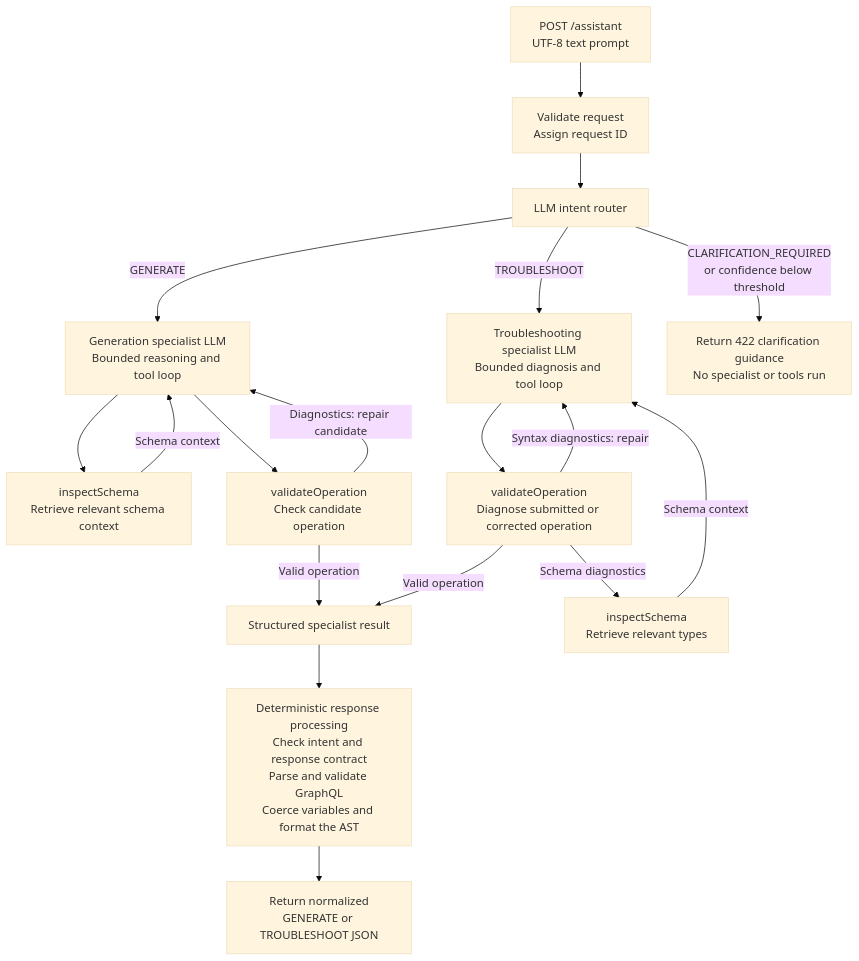
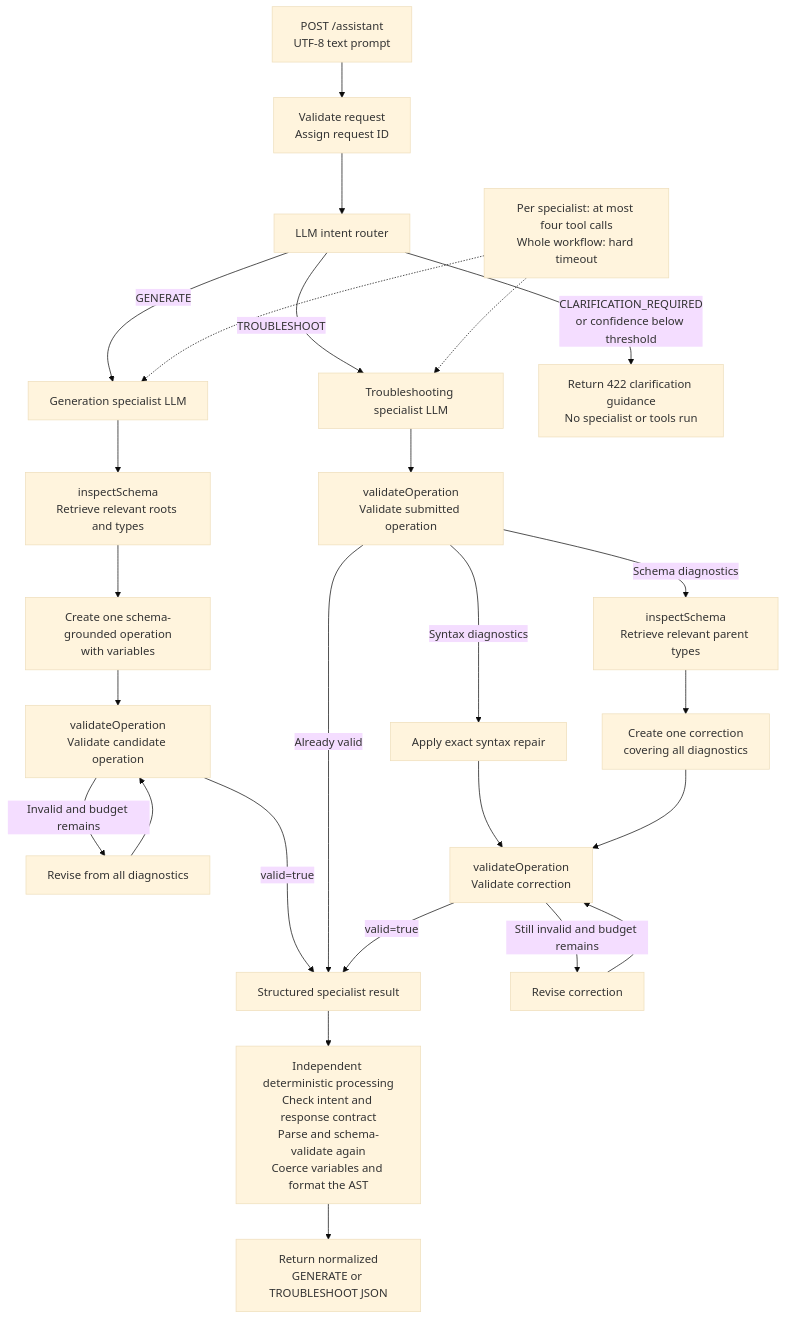
Before and after one commit to skp2001vn/agentic-graphql-assistant: the diagram in README.md, drawn with Mermaid (base theme).

Commit message:
Expand agent workflow diagram

````diff
--- a/README.md
+++ b/README.md
@@ -43,24 +43,33 @@
 ```mermaid
 flowchart TD
     A["POST /assistant<br/>UTF-8 text prompt"] --> B["Validate request<br/>Assign request ID"]
     B --> C["LLM intent router"]
 
-    C -->|"GENERATE"| G["Generation specialist LLM<br/>Bounded reasoning and tool loop"]
-    G --> GI["inspectSchema<br/>Retrieve relevant schema context"]
-    GI -->|"Schema context"| G
-    G --> GV["validateOperation<br/>Check candidate operation"]
-    GV -->|"Diagnostics: repair candidate"| G
-    GV -->|"Valid operation"| S["Structured specialist result"]
+    C -->|"GENERATE"| G["Generation specialist LLM"]
+    G --> GI["inspectSchema<br/>Retrieve relevant roots and types"]
+    GI --> GC["Create one schema-grounded operation<br/>with variables"]
+    GC --> GV["validateOperation<br/>Validate candidate operation"]
+    GV -->|"Invalid and budget remains"| GR["Revise from all diagnostics"]
+    GR --> GV
+    GV -->|"valid=true"| S["Structured specialist result"]
 
-    C -->|"TROUBLESHOOT"| T["Troubleshooting specialist LLM<br/>Bounded diagnosis and tool loop"]
-    T --> TV["validateOperation<br/>Diagnose submitted or corrected operation"]
-    TV -->|"Schema diagnostics"| TI["inspectSchema<br/>Retrieve relevant types"]
-    TI -->|"Schema context"| T
-    TV -->|"Syntax diagnostics: repair"| T
-    TV -->|"Valid operation"| S
+    C -->|"TROUBLESHOOT"| T["Troubleshooting specialist LLM"]
+    T --> TV1["validateOperation<br/>Validate submitted operation"]
+    TV1 -->|"Already valid"| S
+    TV1 -->|"Syntax diagnostics"| TF1["Apply exact syntax repair"]
+    TF1 --> TV2["validateOperation<br/>Validate correction"]
+    TV1 -->|"Schema diagnostics"| TI["inspectSchema<br/>Retrieve relevant parent types"]
+    TI --> TF2["Create one correction<br/>covering all diagnostics"]
+    TF2 --> TV2
+    TV2 -->|"Still invalid and budget remains"| TF3["Revise correction"]
+    TF3 --> TV2
+    TV2 -->|"valid=true"| S
 
     C -->|"CLARIFICATION_REQUIRED<br/>or confidence below threshold"| Q["Return 422 clarification guidance<br/>No specialist or tools run"]
 
-    S --> D["Deterministic response processing<br/>Check intent and response contract<br/>Parse and validate GraphQL<br/>Coerce variables and format the AST"]
+    S --> D["Independent deterministic processing<br/>Check intent and response contract<br/>Parse and schema-validate again<br/>Coerce variables and format the AST"]
     D --> R["Return normalized<br/>GENERATE or TROUBLESHOOT JSON"]
+
+    L["Per specialist: at most four tool calls<br/>Whole workflow: hard timeout"] -.-> G
+    L -.-> T
 ```
````
